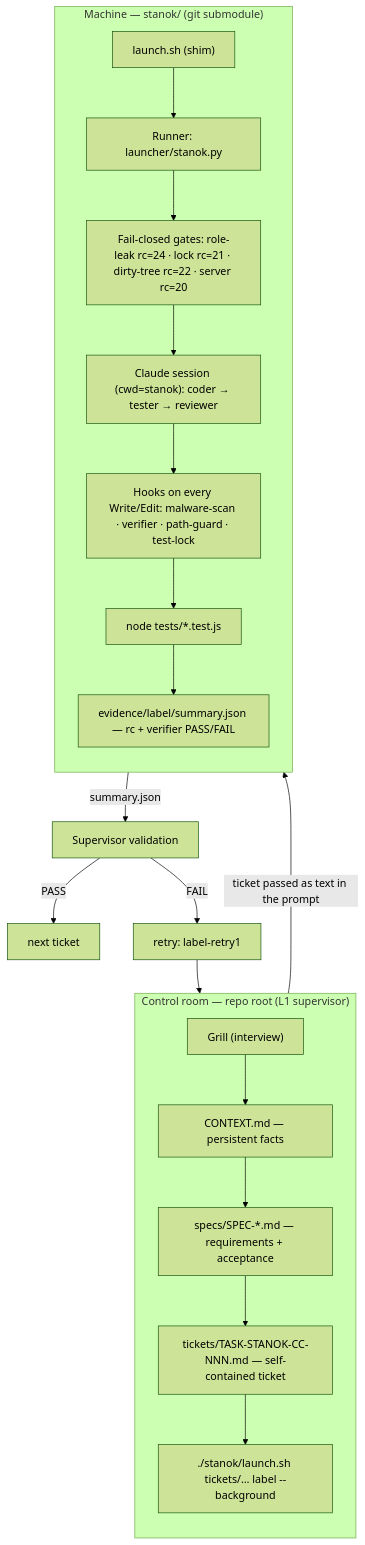
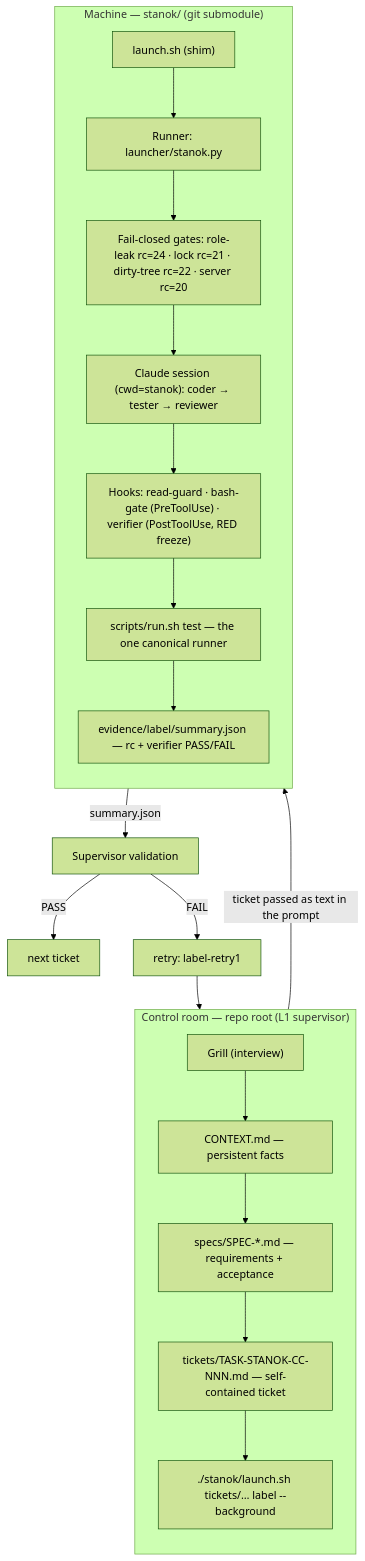
One commit to thisisspartan/deterministic-agent-sandbox changed the diagram in README.md. Above: the diagram before and after it, drawn with Mermaid (forest theme). The commit also changed 4 other files, not shown here.

````diff
--- a/README.md
+++ b/README.md
@@ -22,30 +22,30 @@
 ```mermaid
 flowchart TD
     subgraph ROOT["Control room — repo root (L1 supervisor)"]
         direction TB
         G["Grill (interview)"]
         C["CONTEXT.md — persistent facts"]
         S["specs/SPEC-*.md — requirements + acceptance"]
         T["tickets/TASK-STANOK-CC-NNN.md — self-contained ticket"]
         L["./stanok/launch.sh tickets/… label --background"]
         G --> C --> S --> T --> L
     end
 
     subgraph STANOK["Machine — stanok/ (git submodule)"]
         direction TB
         SH["launch.sh (shim)"]
         R["Runner: launcher/stanok.py"]
         GATE["Fail-closed gates: role-leak rc=24 · lock rc=21 · dirty-tree rc=22 · server rc=20"]
         SES["Claude session (cwd=stanok): coder → tester → reviewer"]
-        HOOKS["Hooks on every Write/Edit: malware-scan · verifier · path-guard · test-lock"]
-        TEST["node tests/*.test.js"]
+        HOOKS["Hooks: read-guard · bash-gate (PreToolUse) · verifier (PostToolUse, RED freeze)"]
+        TEST["scripts/run.sh test — the one canonical runner"]
         EV["evidence/label/summary.json — rc + verifier PASS/FAIL"]
         SH --> R --> GATE --> SES --> HOOKS --> TEST --> EV
     end
 
     L -->|ticket passed as text in the prompt| SH
     EV -->|summary.json| V["Supervisor validation"]
     V -->|PASS| NEXT["next ticket"]
     V -->|FAIL| RETRY["retry: label-retry1"]
     RETRY --> L
 ```
````
